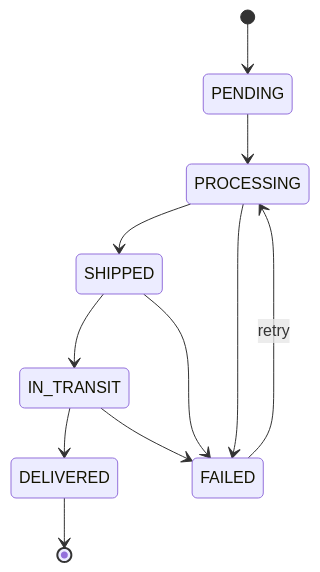
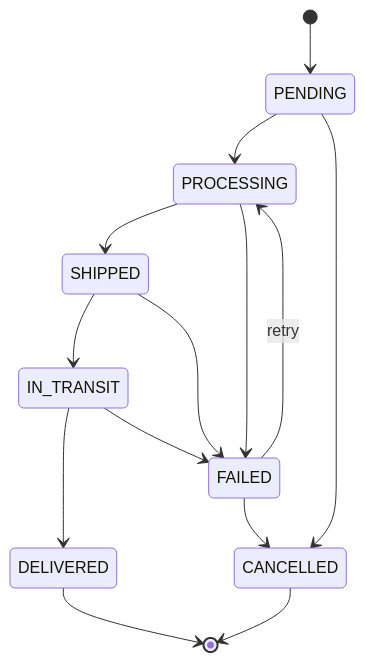
The diagram in docs/state-machine.md (natiwork/courier-integration-platform), drawn with Mermaid before and after one commit. The commit also changed other lines of this file and 1 other file, not shown here.

Commit message:
feat: add CANCELLED order status

````diff
--- a/docs/state-machine.md
+++ b/docs/state-machine.md
@@ -6,13 +6,16 @@
 ```mermaid
 stateDiagram-v2
     [*] --> PENDING
     PENDING --> PROCESSING
+    PENDING --> CANCELLED
     PROCESSING --> SHIPPED
     PROCESSING --> FAILED
     SHIPPED --> IN_TRANSIT
     SHIPPED --> FAILED
     IN_TRANSIT --> DELIVERED
     IN_TRANSIT --> FAILED
     FAILED --> PROCESSING: retry
+    FAILED --> CANCELLED
     DELIVERED --> [*]
+    CANCELLED --> [*]
 ```
````
